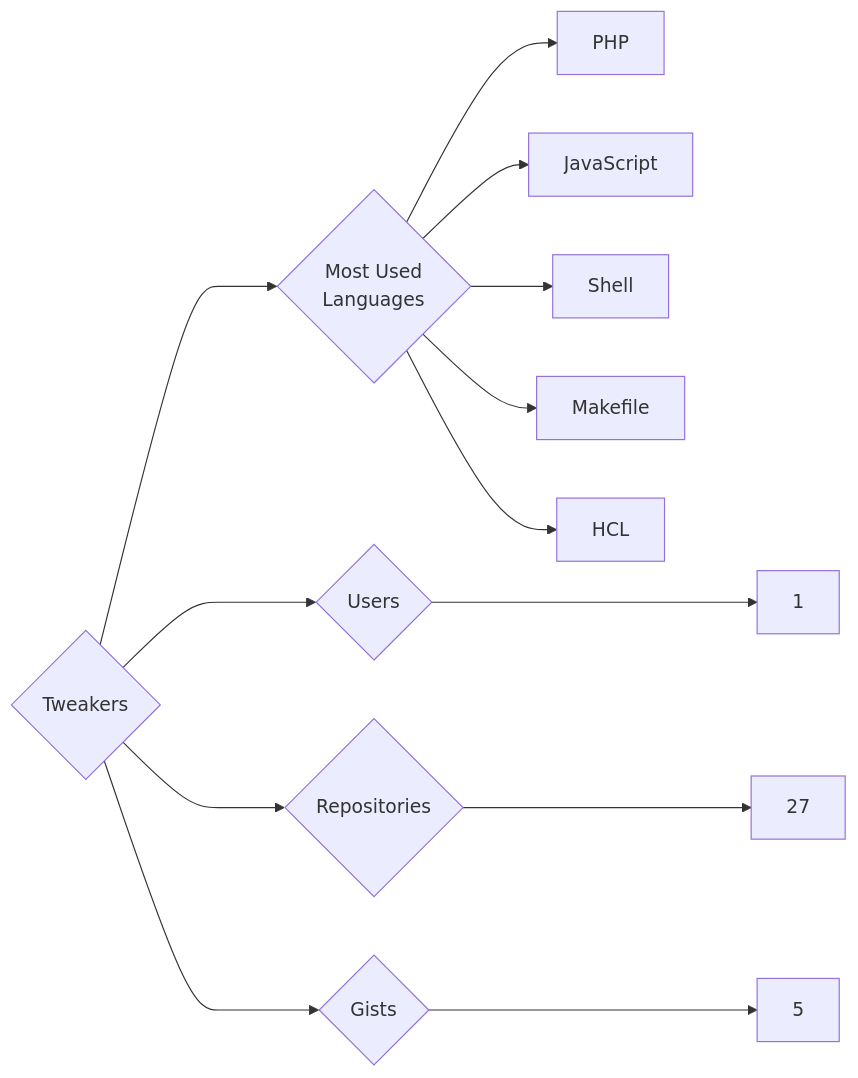
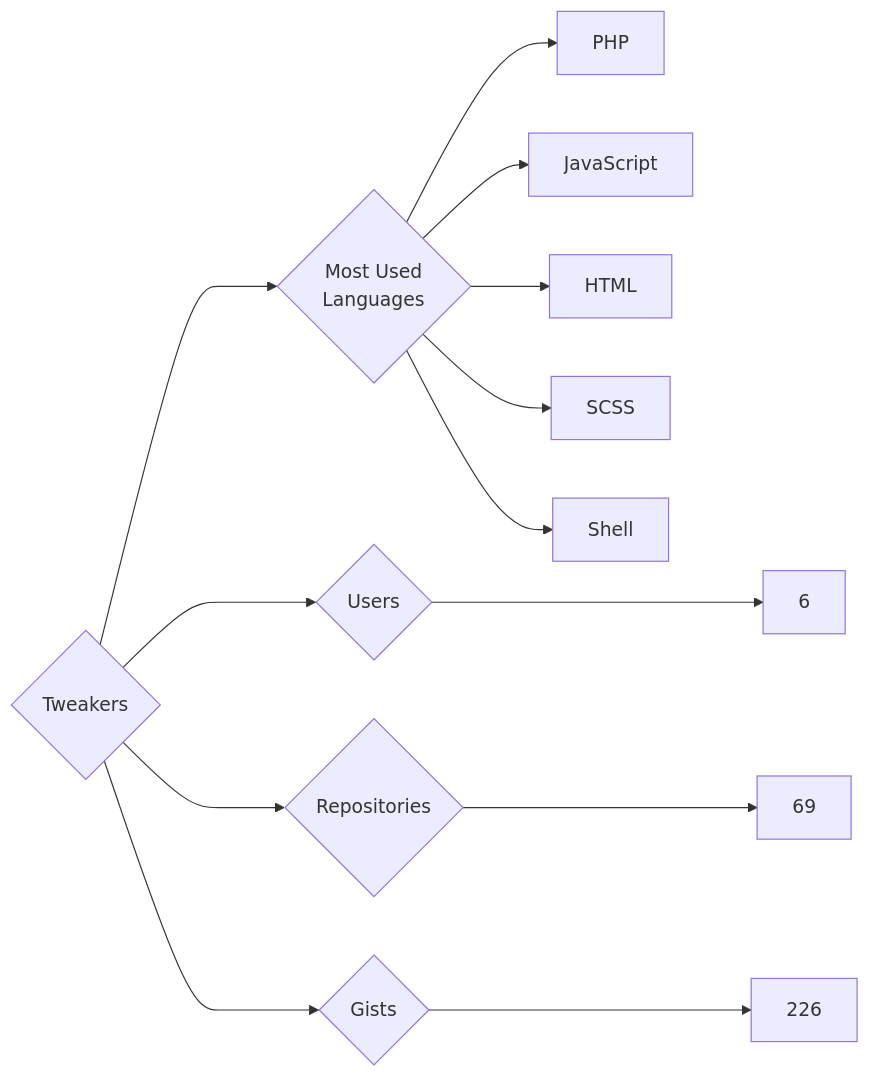
Before and after one commit to trickest/insiders: the diagram in targets/Tweakers/README.md, drawn with Mermaid. The commit also changed 886 other files, not shown here.

````diff
--- a/targets/Tweakers/README.md
+++ b/targets/Tweakers/README.md
@@ -3,13 +3,13 @@
 ```mermaid
 graph LR
 COMPANY_NAME{Tweakers}
-COMPANY_NAME ---> U{Users} ---> UN[1]
-COMPANY_NAME ---> R{Repositories} ---> RN[27]
-COMPANY_NAME ---> G{Gists} ---> GN[5]
+COMPANY_NAME ---> U{Users} ---> UN[6]
+COMPANY_NAME ---> R{Repositories} ---> RN[69]
+COMPANY_NAME ---> G{Gists} ---> GN[226]
 COMPANY_NAME ---> ML{Most Used<br>Languages}
 ML --> PHP[PHP]
 ML --> JavaScript[JavaScript]
+ML --> HTML[HTML]
+ML --> SCSS[SCSS]
 ML --> Shell[Shell]
-ML --> Makefile[Makefile]
-ML --> HCL[HCL]
 ```
````
